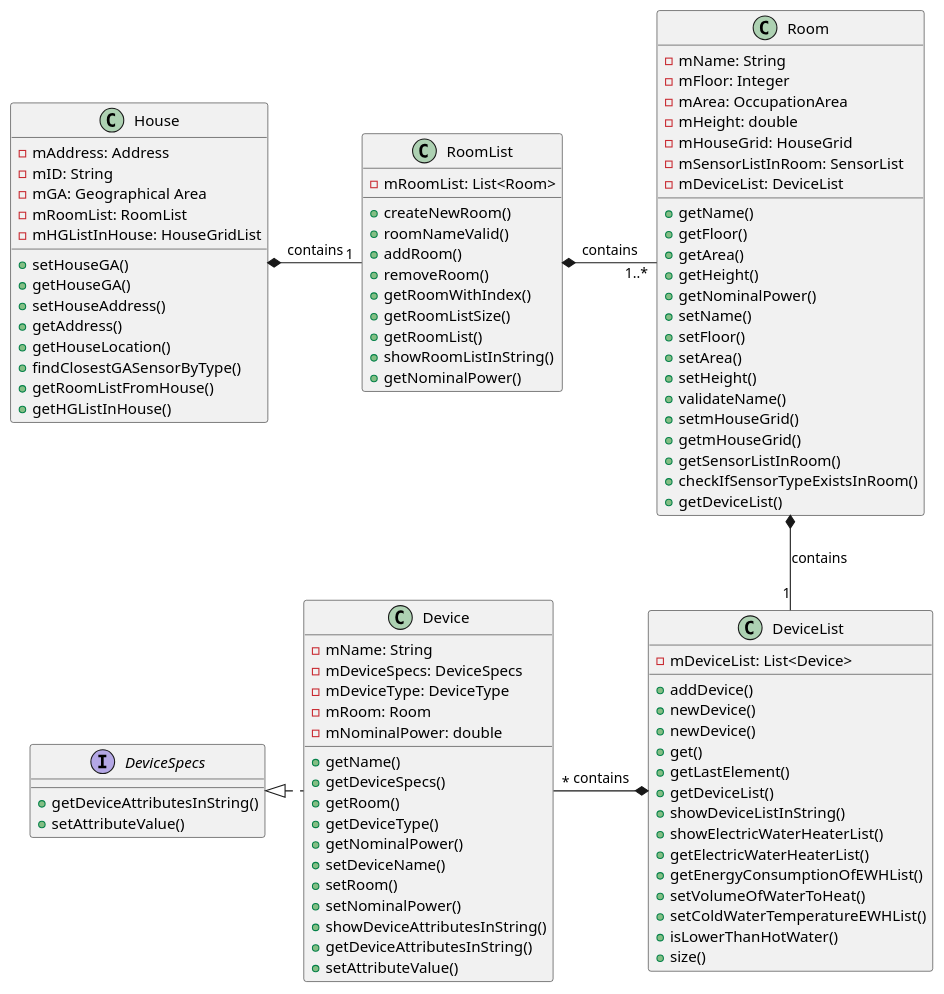
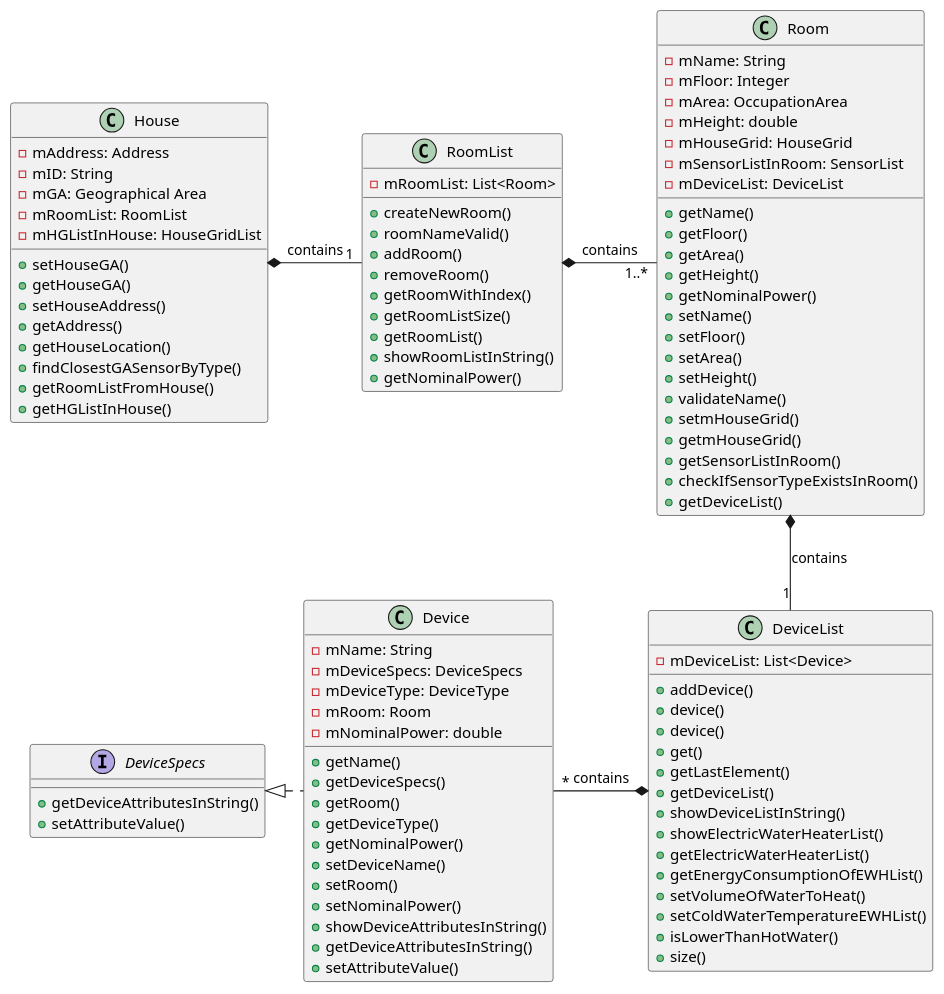
Before and after one commit to emanuel-pereira/hou: the diagram in src/main/java/smarthome/uml/classdiagrams/EditDeviceClassDiagram.puml, drawn with PlantUML. The commit also changed 44 other files, not shown here.

```diff
--- a/src/main/java/smarthome/uml/classdiagrams/EditDeviceClassDiagram.puml
+++ b/src/main/java/smarthome/uml/classdiagrams/EditDeviceClassDiagram.puml
@@ -1,109 +1,109 @@
 @startuml
 
 class House {
 - mAddress: Address
 - mID: String
 - mGA: Geographical Area
 - mRoomList: RoomList
 - mHGListInHouse: HouseGridList
 + setHouseGA()
 + getHouseGA()
 + setHouseAddress()
 + getAddress()
 + getHouseLocation()
 + findClosestGASensorByType()
 + getRoomListFromHouse()
 + getHGListInHouse()
 }
 
 class RoomList{
 - mRoomList: List<Room>
 + createNewRoom()
 + roomNameValid()
 + addRoom()
 + removeRoom()
 + getRoomWithIndex()
 + getRoomListSize()
 + getRoomList()
 + showRoomListInString()
 + getNominalPower()
 
 }
 
 class Room{
 - mName: String
 - mFloor: Integer
 - mArea: OccupationArea
 - mHeight: double
 - mHouseGrid: HouseGrid
 - mSensorListInRoom: SensorList
 - mDeviceList: DeviceList
 + getName()
 + getFloor()
 + getArea()
 + getHeight()
 + getNominalPower()
 + setName()
 + setFloor()
 + setArea()
 + setHeight()
 + validateName()
 + setmHouseGrid()
 + getmHouseGrid()
 + getSensorListInRoom()
 + checkIfSensorTypeExistsInRoom()
 + getDeviceList()
 }
 
 
 class DeviceList{
 - mDeviceList: List<Device>
 + addDevice()
-+ newDevice()
-+ newDevice()
++ device()
++ device()
 + get()
 + getLastElement()
 + getDeviceList()
 + showDeviceListInString()
 + showElectricWaterHeaterList()
 + getElectricWaterHeaterList()
 + getEnergyConsumptionOfEWHList()
 + setVolumeOfWaterToHeat()
 + setColdWaterTemperatureEWHList()
 + isLowerThanHotWater()
 + size()
 }
 
 class Device {
 - mName: String
 - mDeviceSpecs: DeviceSpecs
 - mDeviceType: DeviceType
 - mRoom: Room
 - mNominalPower: double
 + getName()
 + getDeviceSpecs()
 + getRoom()
 + getDeviceType()
 + getNominalPower()
 + setDeviceName()
 + setRoom()
 + setNominalPower()
 + showDeviceAttributesInString()
 + getDeviceAttributesInString()
 + setAttributeValue()
 }
 
 interface DeviceSpecs{
 + getDeviceAttributesInString()
 + setAttributeValue()
 }
 
 House  *- "1" RoomList: contains
 RoomList *- "1..*"Room: contains
 Room *-- "1"DeviceList: contains
 Device"*" -* DeviceList: contains
 DeviceSpecs <|. Device
 
 
 
 @enduml
```
